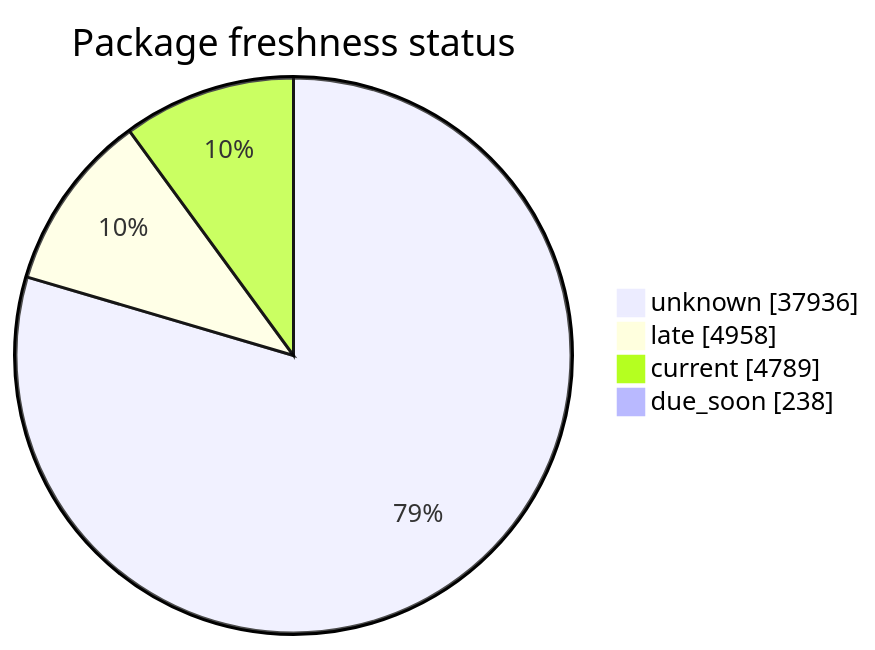
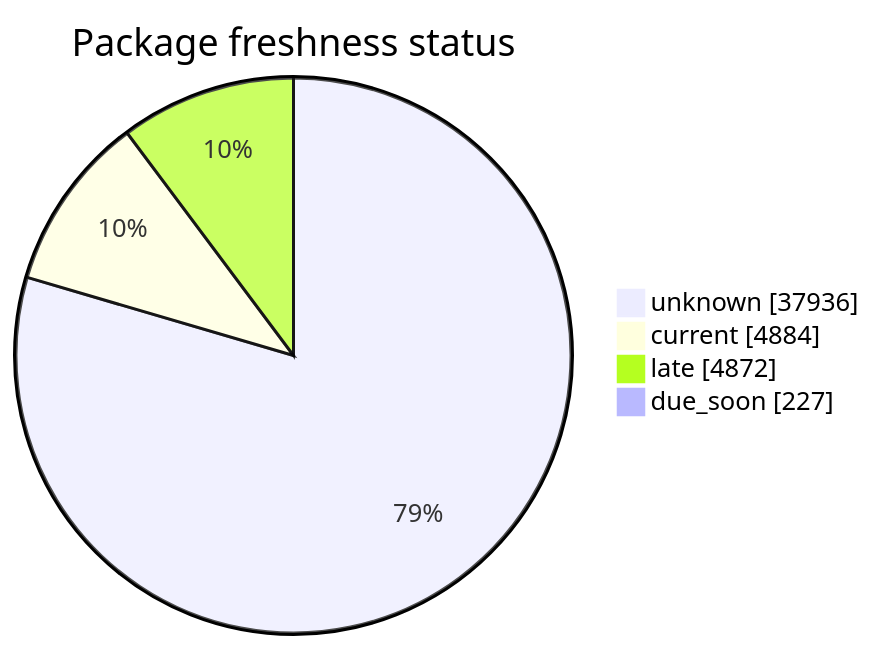
The second of 5 diagrams in FreshCheck/README.md (open-data/analytics-corporate-reporting), drawn with Mermaid before and after one commit. The commit also changed other lines of this file and 3 other files, not shown here.

````diff
--- a/FreshCheck/README.md
+++ b/FreshCheck/README.md
@@ -68,7 +68,7 @@
 ```mermaid
 pie showData title Package freshness status
     "unknown": 37936
-    "late": 4958
-    "current": 4789
-    "due_soon": 238
+    "current": 4884
+    "late": 4872
+    "due_soon": 227
 ```
````
